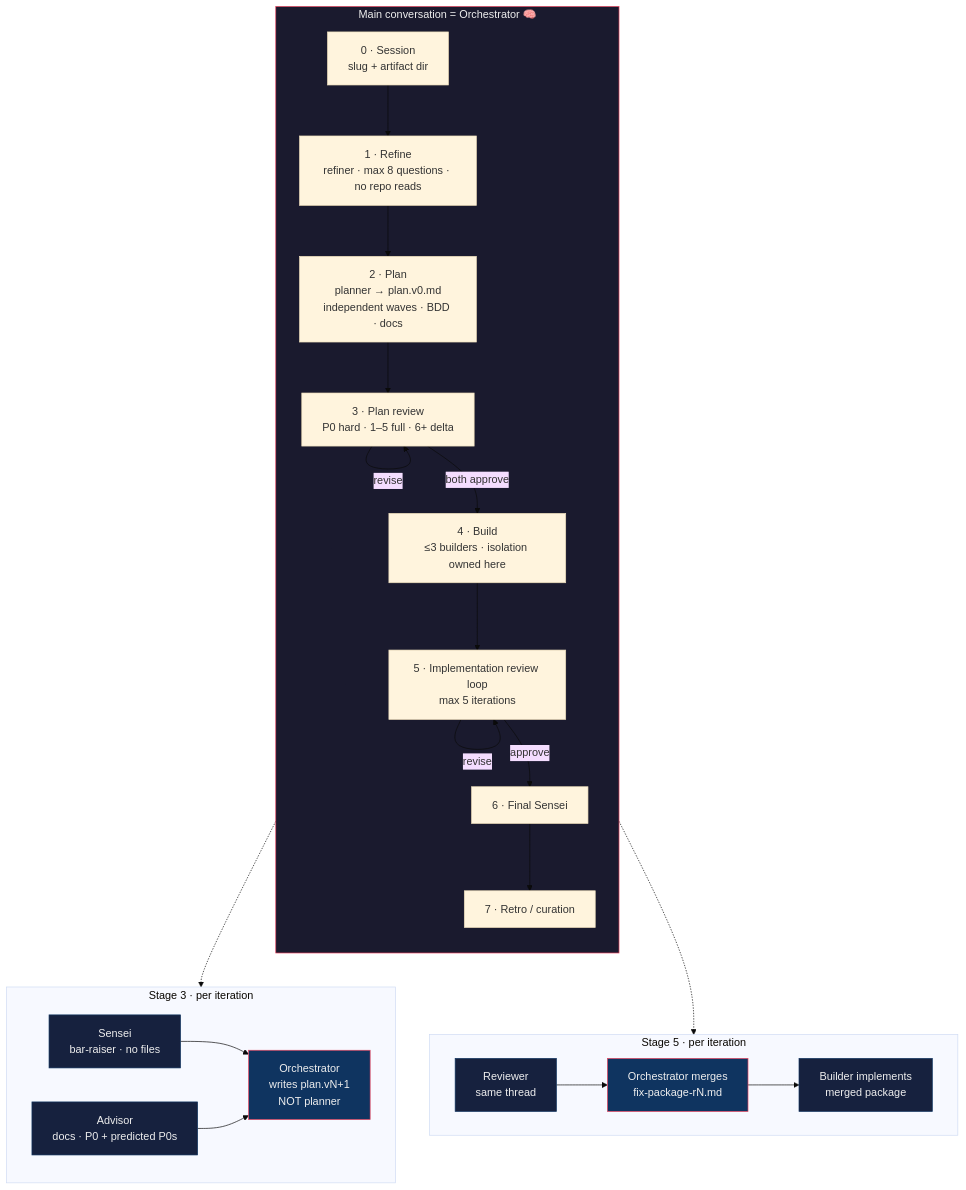
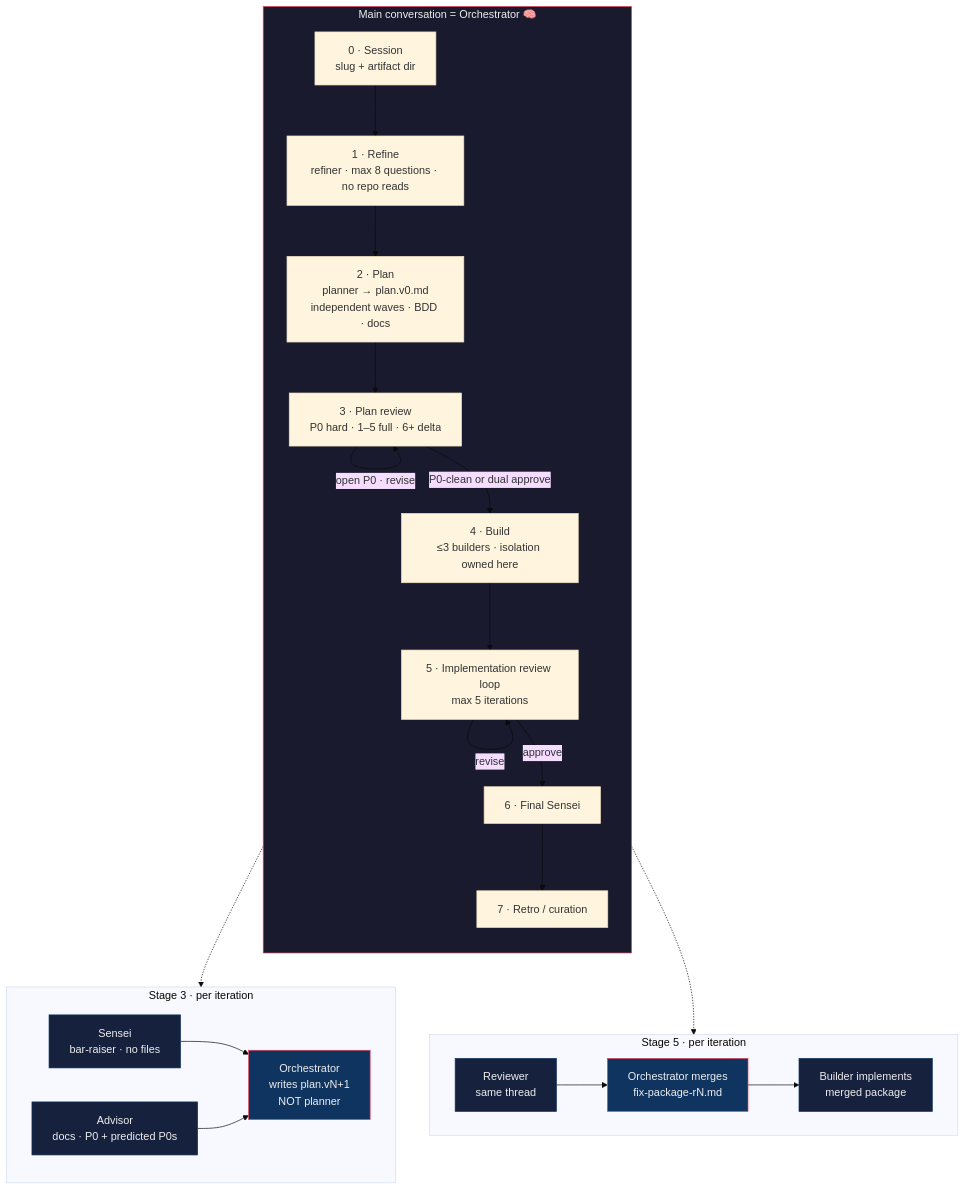
The diagram in README.md (Thejuampi/agents), drawn with Mermaid (base theme) before and after one commit. The commit also changed other lines of this file and 4 other files, not shown here.

````diff
--- a/README.md
+++ b/README.md
@@ -46,49 +46,49 @@
 ```mermaid
 flowchart TB
   subgraph MAIN["Main conversation = Orchestrator 🧠"]
     direction TB
     S0["0 · Session<br/>slug + artifact dir"]
     S1["1 · Refine<br/>refiner · max 8 questions · no repo reads"]
     S2["2 · Plan<br/>planner → plan.v0.md<br/>independent waves · BDD · docs"]
     S3["3 · Plan review<br/>P0 hard · 1–5 full · 6+ delta"]
     S4["4 · Build<br/>≤3 builders · isolation owned here"]
     S5["5 · Implementation review loop<br/>max 5 iterations"]
     S6["6 · Final Sensei"]
     S7["7 · Retro / curation"]
 
     S0 --> S1 --> S2 --> S3
-    S3 -->|both approve| S4
-    S3 -->|revise| S3
+    S3 -->|P0-clean or dual approve| S4
+    S3 -->|open P0 · revise| S3
     S4 --> S5
     S5 -->|approve| S6
     S5 -->|revise| S5
     S6 --> S7
   end
 
   subgraph PLAN_REV["Stage 3 · per iteration"]
     direction LR
     SE["Sensei<br/>bar-raiser · no files"]
     AD["Advisor<br/>docs · P0 + predicted P0s"]
     ORC_P["Orchestrator<br/>writes plan.vN+1<br/>NOT planner"]
     SE --> ORC_P
     AD --> ORC_P
   end
 
   subgraph CODE_REV["Stage 5 · per iteration"]
     direction LR
     RV["Reviewer<br/>same thread"]
     MERGE["Orchestrator merges<br/>fix-package-rN.md"]
     BL["Builder implements<br/>merged package"]
     RV --> MERGE --> BL
   end
 
   S3 -.-> PLAN_REV
   S5 -.-> CODE_REV
 
   classDef brain fill:#1a1a2e,stroke:#e94560,color:#eee
   classDef leaf fill:#16213e,stroke:#0f3460,color:#eee
   classDef gate fill:#0f3460,stroke:#e94560,color:#eee
   class MAIN brain
   class SE,AD,RV,BL leaf
   class ORC_P,MERGE gate
 ```
````
